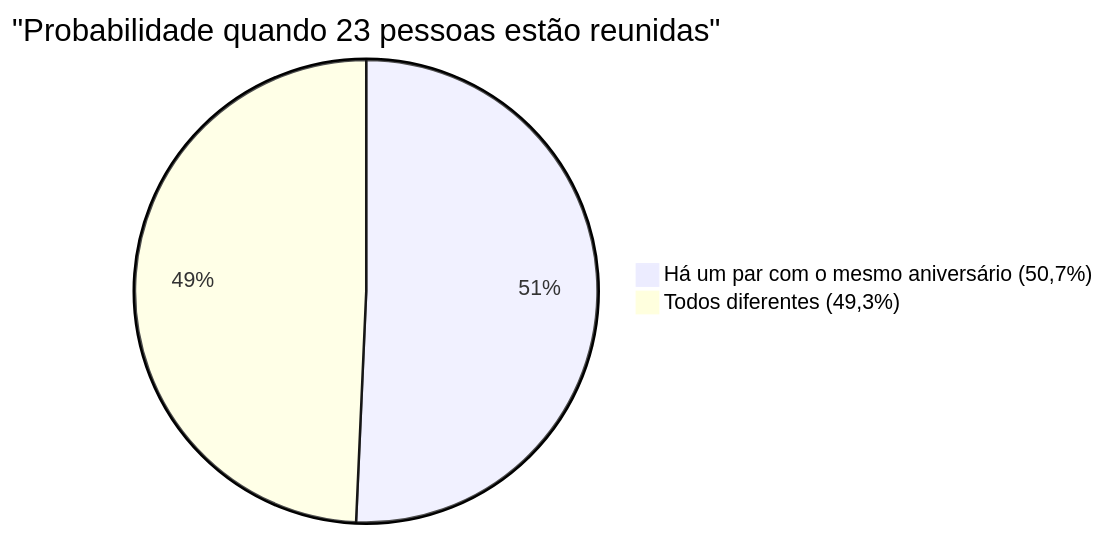
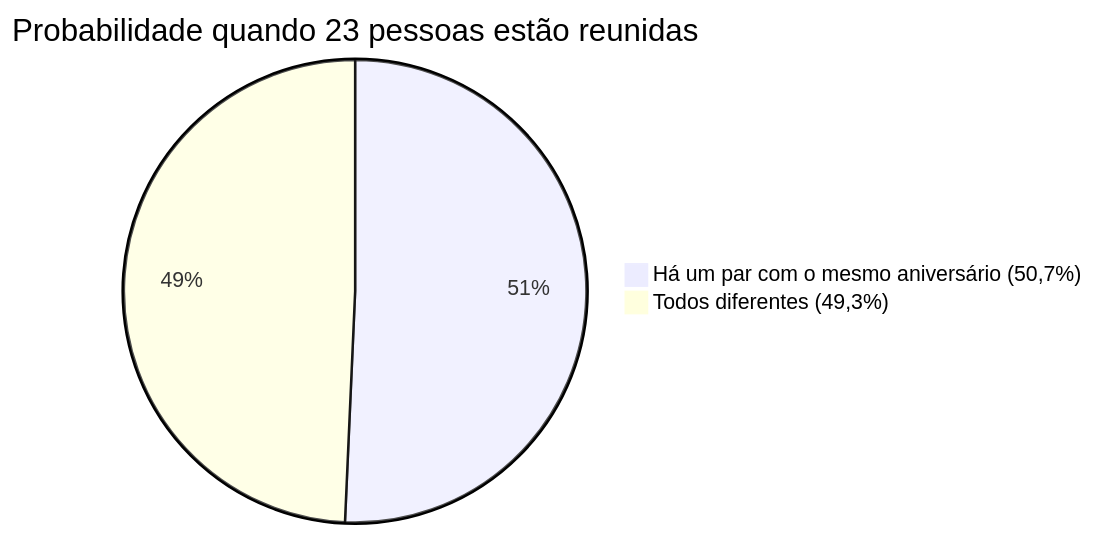
The second of 2 diagrams in content/post/バースデイパラドックス/index.pt.md (kenjinote/blog), drawn with Mermaid before and after one commit. The commit also changed other lines of this file and 703 other files, not shown here.

Commit message:
Fix: Remove quotes from Mermaid link texts and timeline definitions to support Mermaid 11.4.1

````diff
--- a/content/post/バースデイパラドックス/index.pt.md
+++ b/content/post/バースデイパラドックス/index.pt.md
@@ -100,5 +100,5 @@
 ```mermaid
-pie title "Probabilidade quando 23 pessoas estão reunidas"
+pie title Probabilidade quando 23 pessoas estão reunidas
     "Há um par com o mesmo aniversário (50,7%)" : 50.7
     "Todos diferentes (49,3%)" : 49.3
 ```
````
